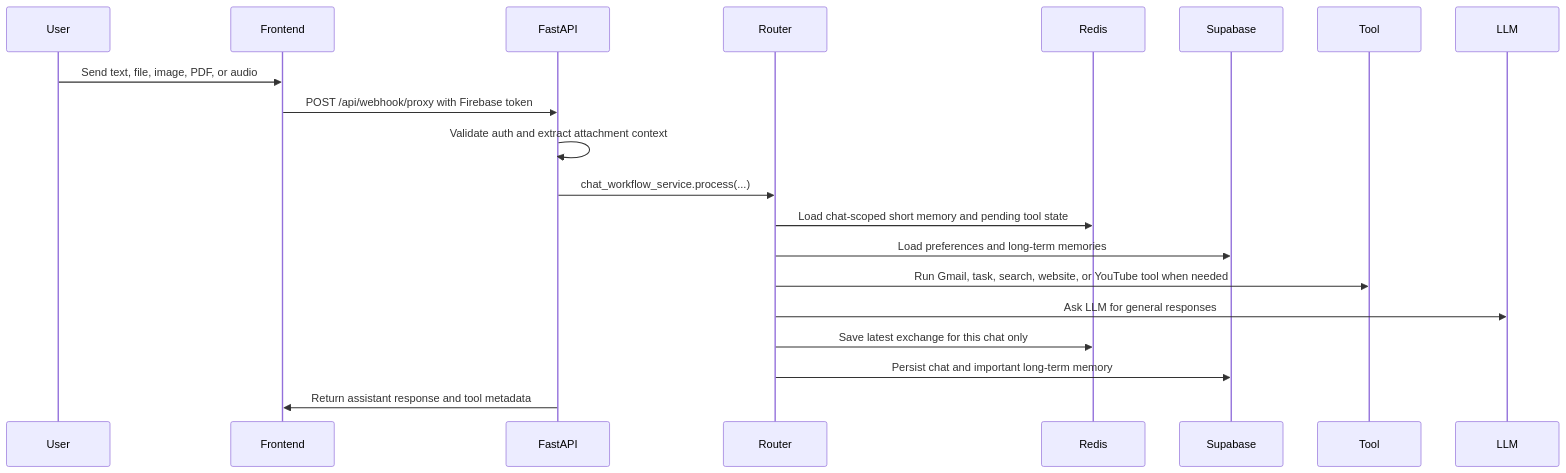
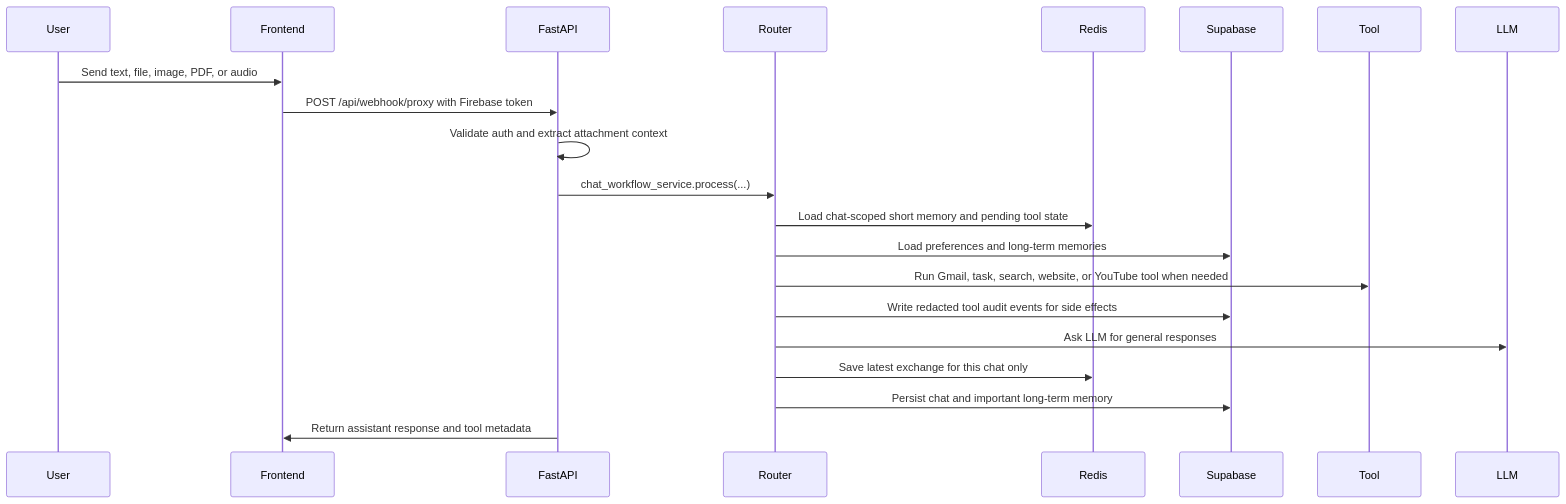
Before and after one commit to saikiranpulagalla/AgentCoolie: the second of 4 diagrams in README.md, drawn with Mermaid. The commit also changed other lines of this file and 10 other files, not shown here.

````diff
--- a/README.md
+++ b/README.md
@@ -98,23 +183,24 @@
 ```mermaid
 sequenceDiagram
   participant U as User
   participant F as Frontend
   participant B as FastAPI
   participant R as Router
   participant M as Redis
   participant DB as Supabase
   participant T as Tool
   participant L as LLM
 
   U->>F: Send text, file, image, PDF, or audio
   F->>B: POST /api/webhook/proxy with Firebase token
   B->>B: Validate auth and extract attachment context
   B->>R: chat_workflow_service.process(...)
   R->>M: Load chat-scoped short memory and pending tool state
   R->>DB: Load preferences and long-term memories
   R->>T: Run Gmail, task, search, website, or YouTube tool when needed
+  R->>DB: Write redacted tool audit events for side effects
   R->>L: Ask LLM for general responses
   R->>M: Save latest exchange for this chat only
   R->>DB: Persist chat and important long-term memory
   B->>F: Return assistant response and tool metadata
 ```
````
